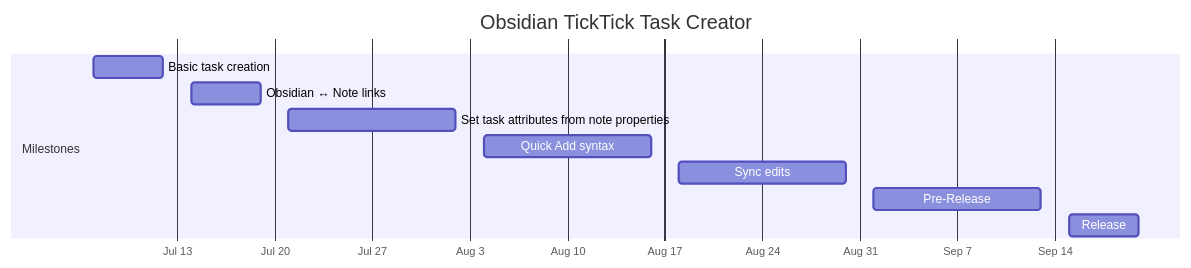
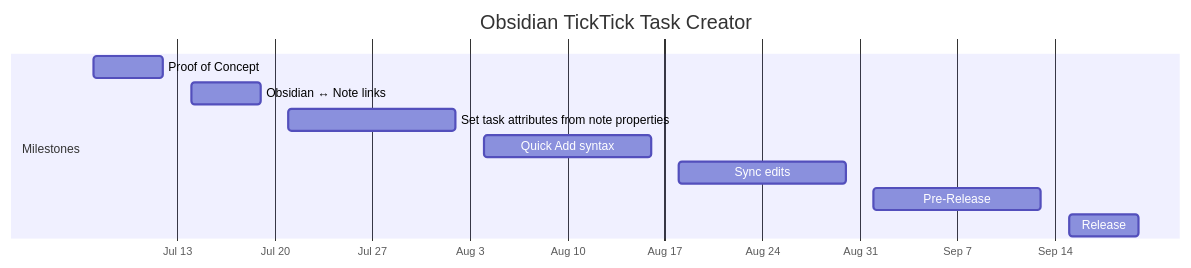
One commit to shorian/obsidian-ticktick-task-creator changed the diagram in Planning Docs/Project Plan.md. Above: the diagram before and after it, drawn with Mermaid. The commit also changed 1 other file, not shown here.

Commit message:
'Basic task creation' -> 'Proof of Concept'

````diff
--- a/Planning Docs/Project Plan.md
+++ b/Planning Docs/Project Plan.md
@@ -54,15 +54,15 @@
 ```mermaid
 gantt
     title Obsidian TickTick Task Creator
     dateformat YYYY-MM-DD
     axisFormat %b %e
 
     section Milestones
-        Basic task creation   :a, 2025-07-07, 5d
+        Proof of Concept   :a, 2025-07-07, 5d
         Obsidian ↔ Note links :b, 2025-07-14, 5d
         Set task attributes from note properties :c, 2025-07-21, 12d
         Quick Add syntax :d, 2025-08-04, 12d
         Sync edits :e, 2025-08-18, 12d
         Pre-Release :f, 2025-09-01, 12d
         Release :g, 2025-09-15, 5d
 ```
````
